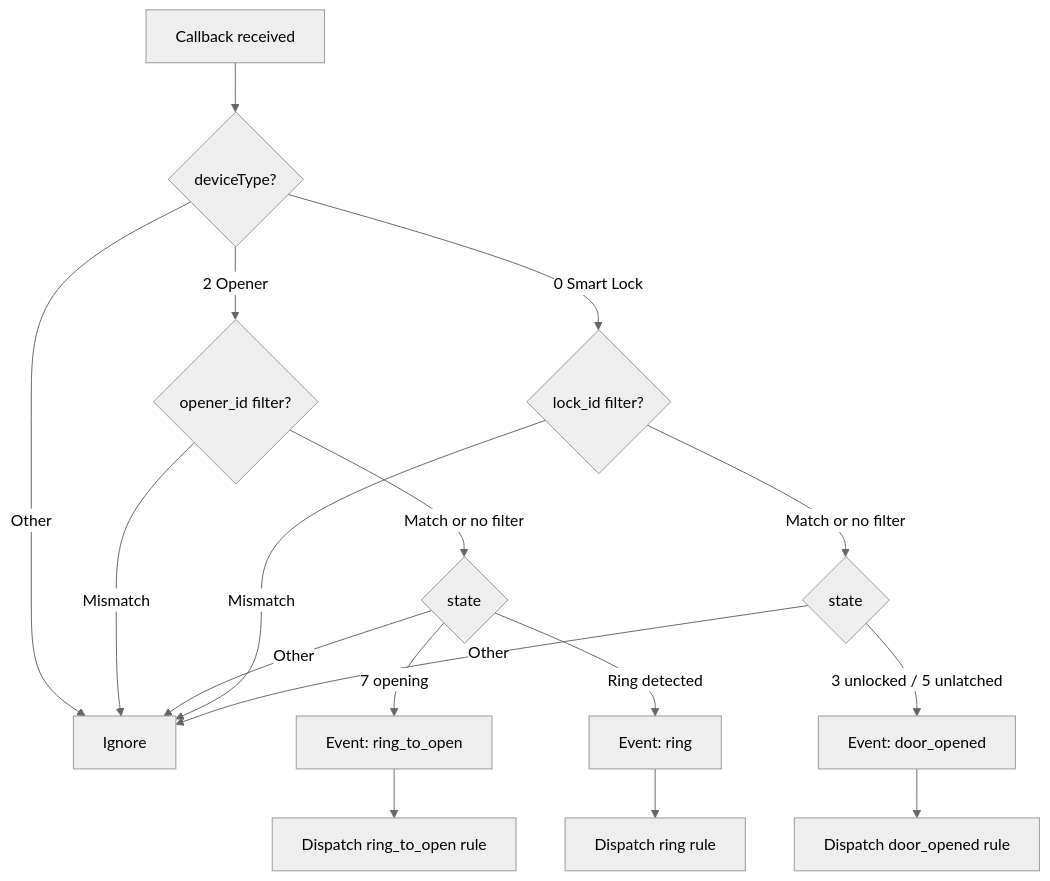
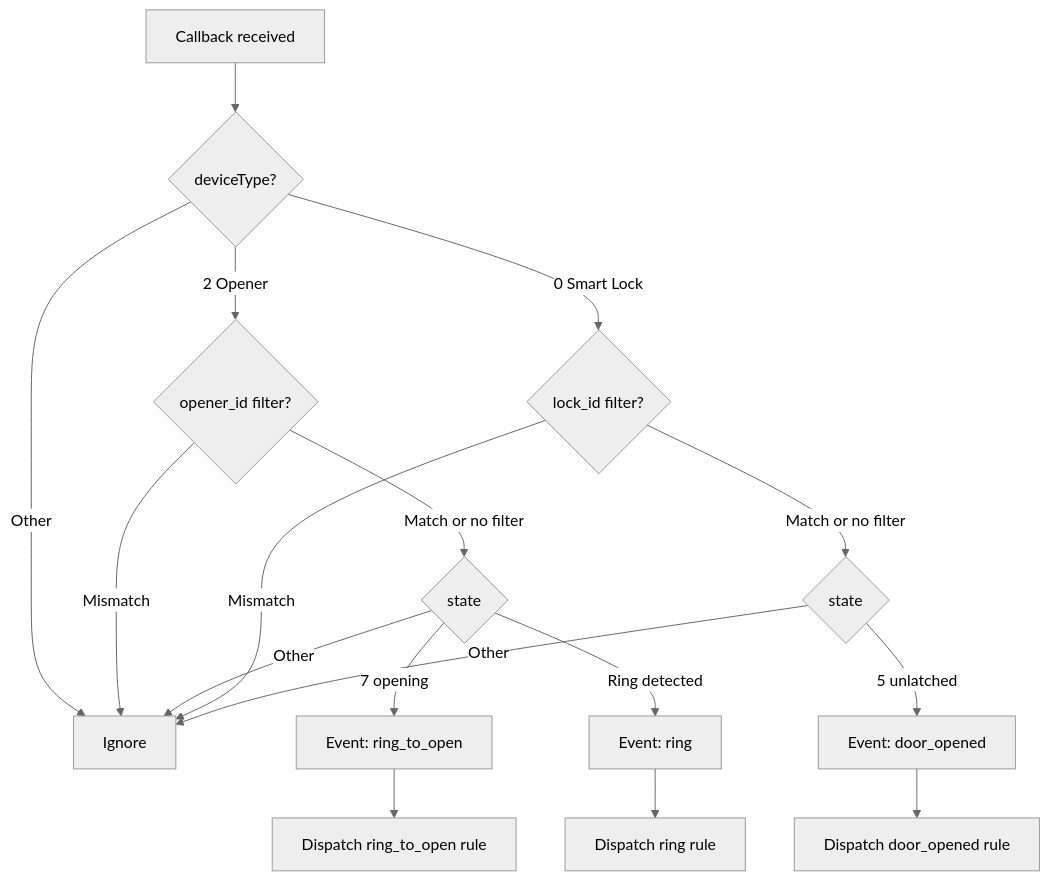
Before and after one commit to nicdobler/NukiBlinker: the third of 5 diagrams in specs/tech-spec.md, drawn with Mermaid (neutral theme). The commit also changed other lines of this file and 12 other files, not shown here.

````diff
--- a/specs/tech-spec.md
+++ b/specs/tech-spec.md
@@ -491,19 +491,19 @@
 ```mermaid
 flowchart TD
     A[Callback received] --> B{deviceType?}
     B -->|2 Opener| D{opener_id filter?}
     B -->|0 Smart Lock| J{lock_id filter?}
     B -->|Other| C[Ignore]
     D -->|Mismatch| C
     D -->|Match or no filter| E{state}
     E -->|7 opening| F[Event: ring_to_open]
     E -->|Ring detected| G[Event: ring]
     E -->|Other| C
     J -->|Mismatch| C
     J -->|Match or no filter| K{state}
-    K -->|3 unlocked / 5 unlatched| L[Event: door_opened]
+    K -->|5 unlatched| L[Event: door_opened]
     K -->|Other| C
     F --> H[Dispatch ring_to_open rule]
     G --> I[Dispatch ring rule]
     L --> M[Dispatch door_opened rule]
 ```
````
